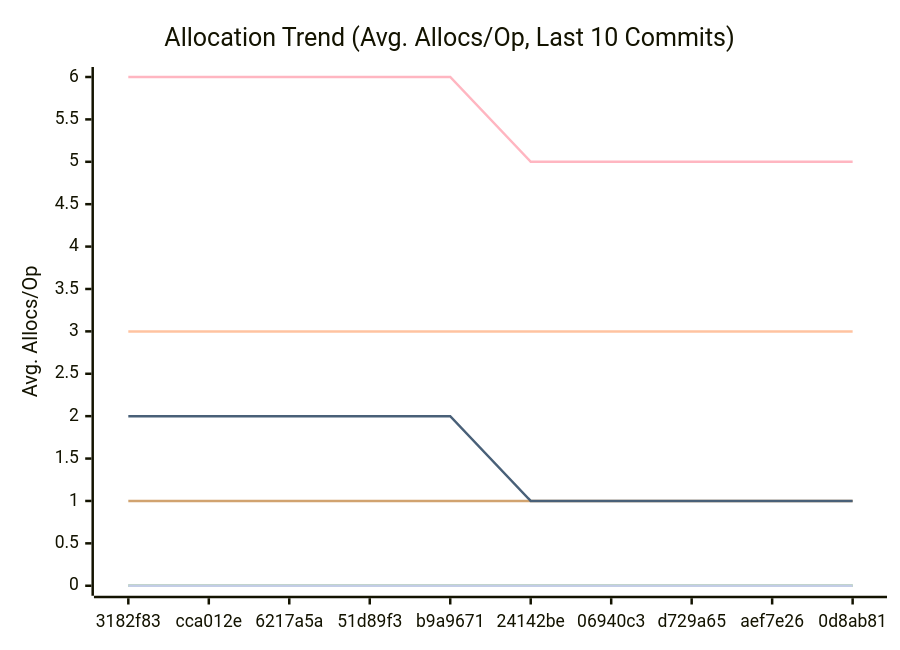
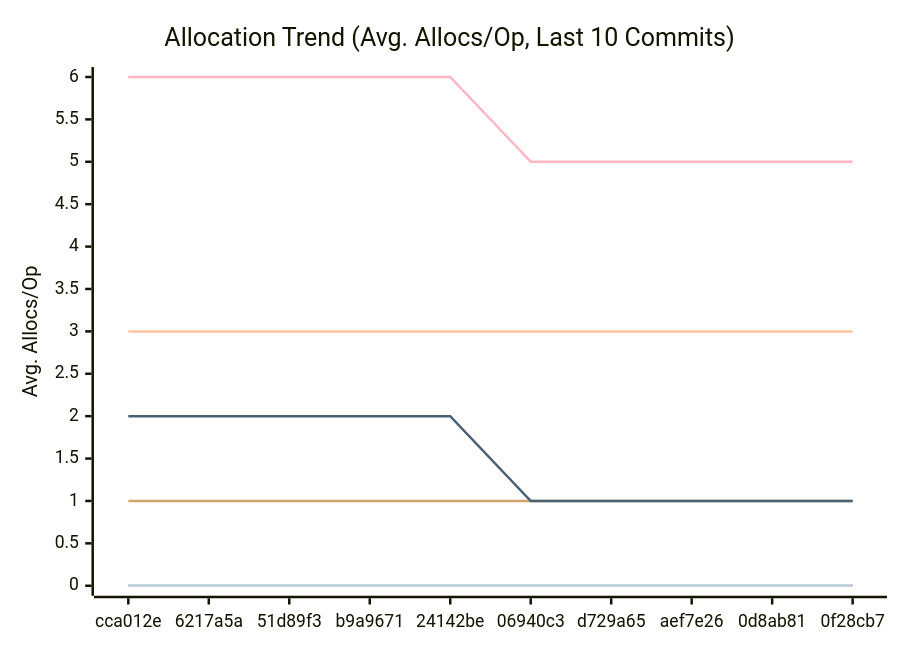
The third of 3 diagrams in docs/PERFORMANCE.md (alsotoes/momo), drawn with Mermaid before and after one commit. The commit also changed other lines of this file and 2 other files, not shown here.

````diff
--- a/docs/PERFORMANCE.md
+++ b/docs/PERFORMANCE.md
@@ -114,16 +114,16 @@
 ```mermaid
 xychart-beta
     title "Allocation Trend (Avg. Allocs/Op, Last 10 Commits)"
     x-axis "Commit"
     y-axis "Avg. Allocs/Op"
-    x-axis [3182f83,cca012e,6217a5a,51d89f3,b9a9671,24142be,06940c3,d729a65,aef7e26,0d8ab81]
+    x-axis [cca012e,6217a5a,51d89f3,b9a9671,24142be,06940c3,d729a65,aef7e26,0d8ab81,0f28cb7]
     line "CheckMetricsAndSwap" [0,0,0,0,0,0,0,0,0,0]
     line "CrushOptimized" [0,0,0,0,0,0,0,0,0,0]
     line "CrushOriginal" [3,3,3,3,3,3,3,3,3,3]
     line "IndexDirectTracking" [0,0,0,0,0,0,0,0,0,0]
     line "IndexSearch" [0,0,0,0,0,0,0,0,0,0]
     line "LoadGlobalConfig" [1,1,1,1,1,1,1,1,1,1]
     line "PadString" [0,0,0,0,0,0,0,0,0,0]
     line "ParseReplicationOrder_NoPrealloc" [6,6,6,6,6,5,5,5,5,5]
     line "ParseReplicationOrder_Prealloc" [2,2,2,2,2,1,1,1,1,1]
 ```
````
